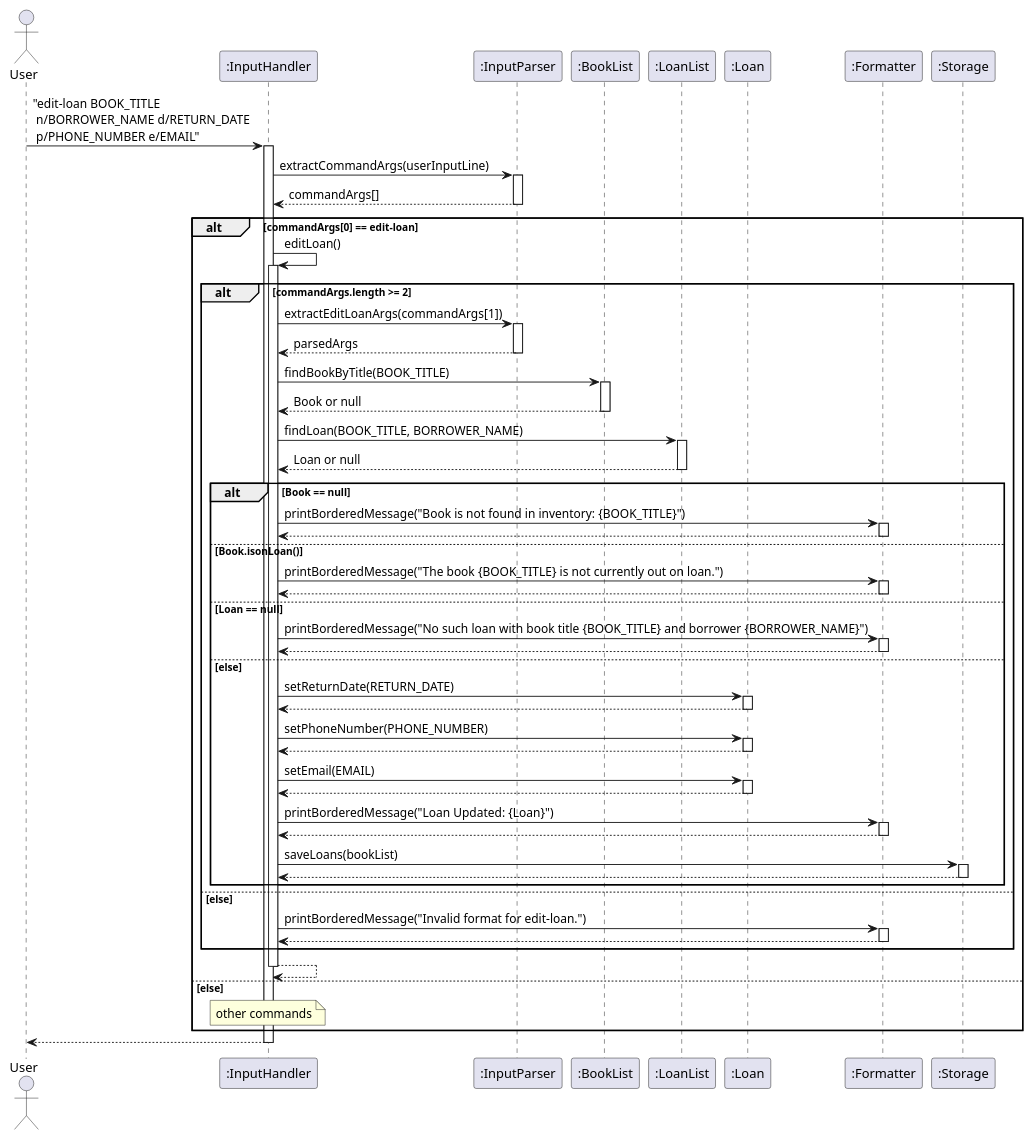
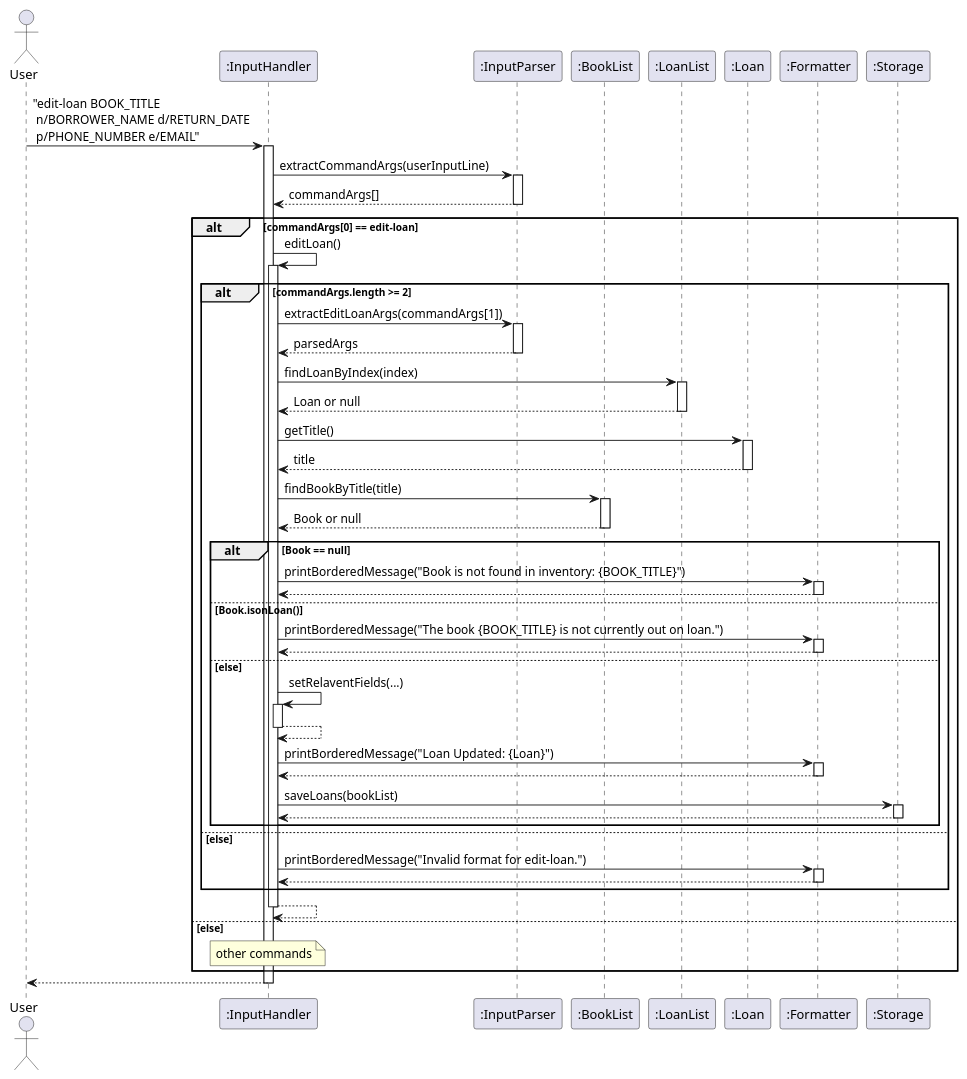
One commit to AY2425S2-CS2113-T12-2/tp changed the diagram in docs/diagrams/editLoan.puml. Above: the diagram before and after it, drawn with PlantUML. The commit also changed 3 other files, not shown here.

```diff
--- a/docs/diagrams/editLoan.puml
+++ b/docs/diagrams/editLoan.puml
@@ -1,106 +1,96 @@
 @startuml
 actor User
 participant InputHandler as ":InputHandler"
 participant InputParser as ":InputParser"
 participant BookList as ":BookList"
 participant LoanList as ":LoanList"
 participant Loan as ":Loan"
 participant Formatter as ":Formatter"
 participant Storage as ":Storage"
 
 User -> InputHandler: "edit-loan BOOK_TITLE \n n/BORROWER_NAME d/RETURN_DATE \n p/PHONE_NUMBER e/EMAIL"
 activate InputHandler
 
 InputHandler -> InputParser: extractCommandArgs(userInputLine)
 activate InputParser
 
 InputParser --> InputHandler: commandArgs[]
 deactivate InputParser
 
 alt commandArgs[0] == edit-loan
     InputHandler -> InputHandler : editLoan()
     activate InputHandler
 
-alt commandArgs.length >= 2
-    InputHandler -> InputParser: extractEditLoanArgs(commandArgs[1])
-    activate InputParser
+    alt commandArgs.length >= 2
+        InputHandler -> InputParser: extractEditLoanArgs(commandArgs[1])
+        activate InputParser
 
-    InputParser --> InputHandler: parsedArgs
-    deactivate InputParser
+        InputParser --> InputHandler: parsedArgs
+        deactivate InputParser
 
-    InputHandler -> BookList: findBookByTitle(BOOK_TITLE)
-    activate BookList
+        InputHandler -> LoanList: findLoanByIndex(index)
+        activate LoanList
 
-    BookList --> InputHandler: Book or null
-    deactivate BookList
+        LoanList --> InputHandler: Loan or null
+        deactivate LoanList
 
-    InputHandler -> LoanList: findLoan(BOOK_TITLE, BORROWER_NAME)
-    activate LoanList
+        InputHandler -> Loan: getTitle() 
+        activate Loan
 
-    LoanList --> InputHandler: Loan or null
-    deactivate LoanList
-
-    alt Book == null
-        InputHandler -> Formatter: printBorderedMessage("Book is not found in inventory: {BOOK_TITLE}")
-        activate Formatter
-        Formatter --> InputHandler
-        deactivate Formatter
-    
-    else Book.isonLoan()
-        InputHandler -> Formatter: printBorderedMessage("The book {BOOK_TITLE} is not currently out on loan.")
-        activate Formatter
-        Formatter --> InputHandler
-        deactivate Formatter
-    
-    else Loan == null
-        InputHandler -> Formatter: printBorderedMessage("No such loan with book title {BOOK_TITLE} and borrower {BORROWER_NAME}")
-        activate Formatter
-        Formatter --> InputHandler
-        deactivate Formatter
-
-    else else
-        InputHandler -> Loan : setReturnDate(RETURN_DATE)
-        activate Loan
-        Loan --> InputHandler
+        Loan --> InputHandler: title
         deactivate Loan
 
-        InputHandler -> Loan : setPhoneNumber(PHONE_NUMBER)
-        activate Loan
-        Loan --> InputHandler
-        deactivate Loan
+        InputHandler -> BookList: findBookByTitle(title)
+        activate BookList
 
-        InputHandler -> Loan : setEmail(EMAIL)
-        activate Loan
-        Loan --> InputHandler
-        deactivate Loan        
+        BookList --> InputHandler: Book or null
+        deactivate BookList
 
-        InputHandler -> Formatter: printBorderedMessage("Loan Updated: {Loan}")
-        activate Formatter
-        Formatter --> InputHandler
-        deactivate Formatter
+        alt Book == null
+            InputHandler -> Formatter: printBorderedMessage("Book is not found in inventory: {BOOK_TITLE}")
+            activate Formatter
+            Formatter --> InputHandler
+            deactivate Formatter
+        
+        else Book.isonLoan()
+            InputHandler -> Formatter: printBorderedMessage("The book {BOOK_TITLE} is not currently out on loan.")
+            activate Formatter
+            Formatter --> InputHandler
+            deactivate Formatter
+        
+        else else
+            InputHandler -> InputHandler : setRelaventFields(...)
+            activate InputHandler
+            InputHandler --> InputHandler
+            deactivate InputHandler       
 
-        InputHandler -> Storage: saveLoans(bookList)
-        activate Storage
-        Storage --> InputHandler
-        deactivate Storage
+            InputHandler -> Formatter: printBorderedMessage("Loan Updated: {Loan}")
+            activate Formatter
+            Formatter --> InputHandler
+            deactivate Formatter
 
-    end
+            InputHandler -> Storage: saveLoans(bookList)
+            activate Storage
+            Storage --> InputHandler
+            deactivate Storage
+
+        end
 
     else else
         InputHandler -> Formatter: printBorderedMessage("Invalid format for edit-loan.")
         activate Formatter
         Formatter --> InputHandler
         deactivate Formatter
     end
 
 InputHandler --> InputHandler
 deactivate InputHandler
 
 else else
     note over InputHandler : other commands
 end
 
 
 InputHandler --> User
 deactivate InputHandler
 @enduml
```
